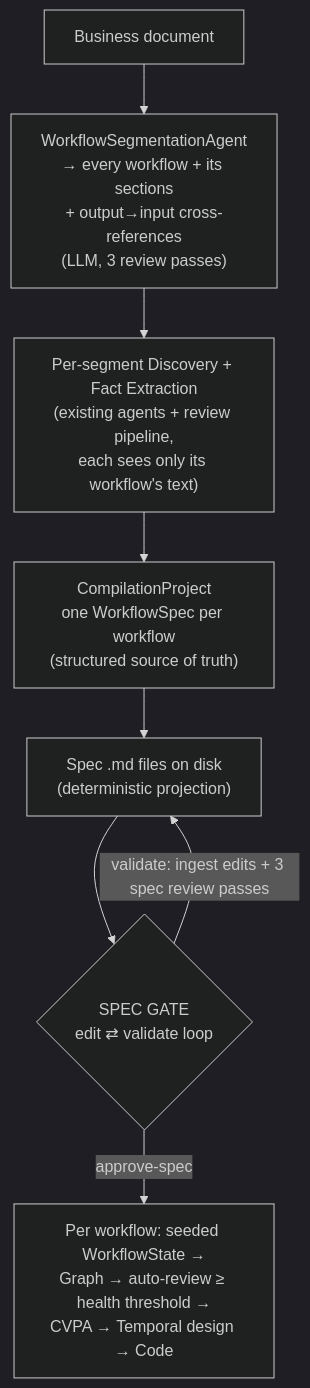
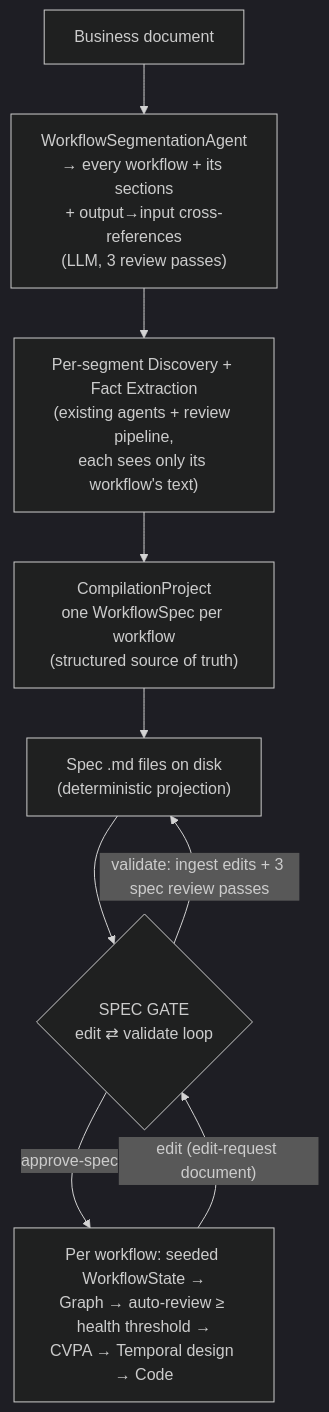
The second of 4 diagrams in docs/architecture.md (oktopuslinky/order-workflows-2.0), drawn with Mermaid (dark theme) before and after one commit. The commit also changed other lines of this file and 33 other files, not shown here.

````diff
--- a/docs/architecture.md
+++ b/docs/architecture.md
@@ -45,14 +45,15 @@
 ```mermaid
 flowchart TD
     doc["Business document"]
     seg["WorkflowSegmentationAgent<br/>→ every workflow + its sections<br/>+ output→input cross-references<br/>(LLM, 3 review passes)"]
     ext["Per-segment Discovery + Fact Extraction<br/>(existing agents + review pipeline,<br/>each sees only its workflow's text)"]
     specs["CompilationProject<br/>one WorkflowSpec per workflow<br/>(structured source of truth)"]
     files["Spec .md files on disk<br/>(deterministic projection)"]
     gate{"SPEC GATE<br/>edit ⇄ validate loop"}
     backend["Per workflow: seeded WorkflowState →<br/>Graph → auto-review ≥ health threshold →<br/>CVPA → Temporal design → Code"]
 
     doc --> seg --> ext --> specs --> files --> gate
     gate -->|validate: ingest edits + 3 spec review passes| files
     gate -->|approve-spec| backend
+    backend -->|"edit (edit-request document)"| gate
 ```
````
